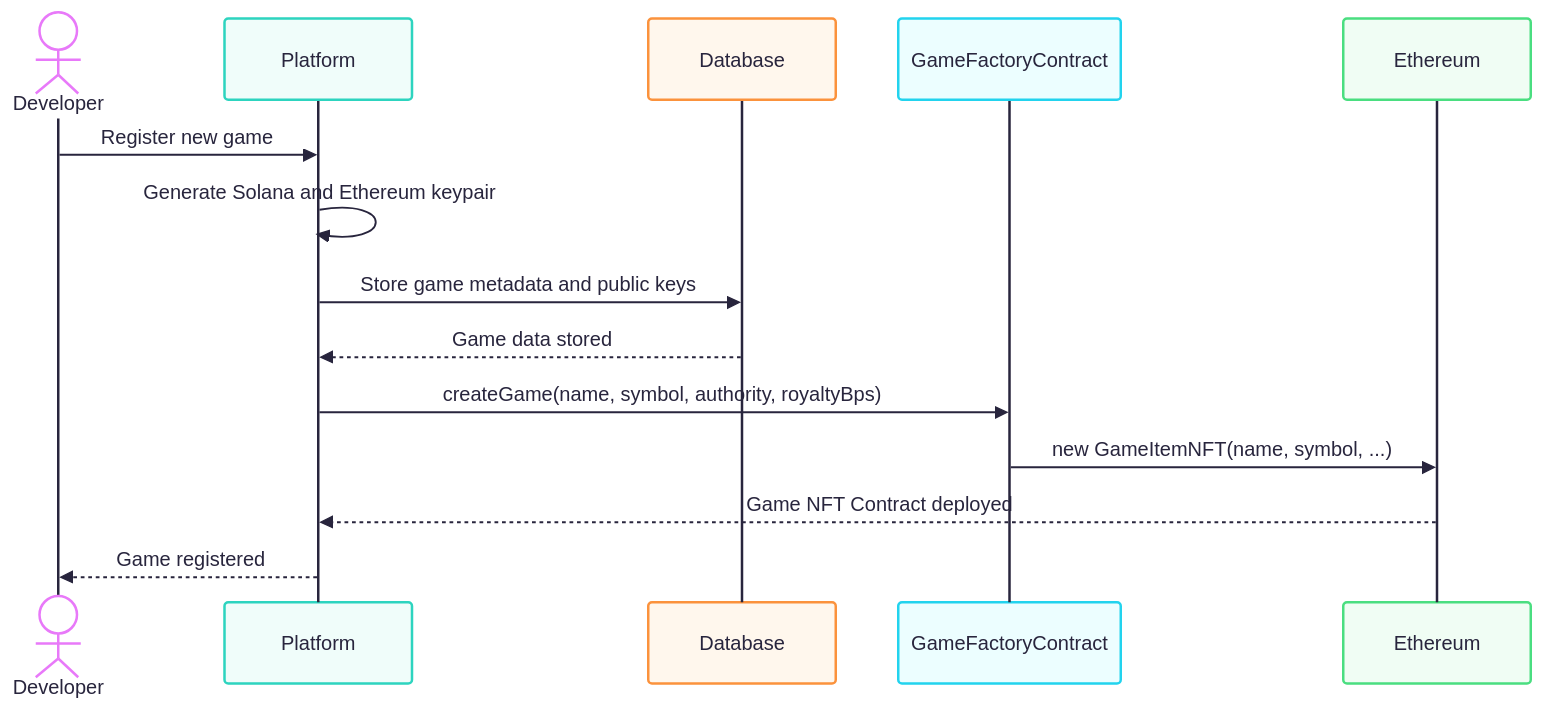
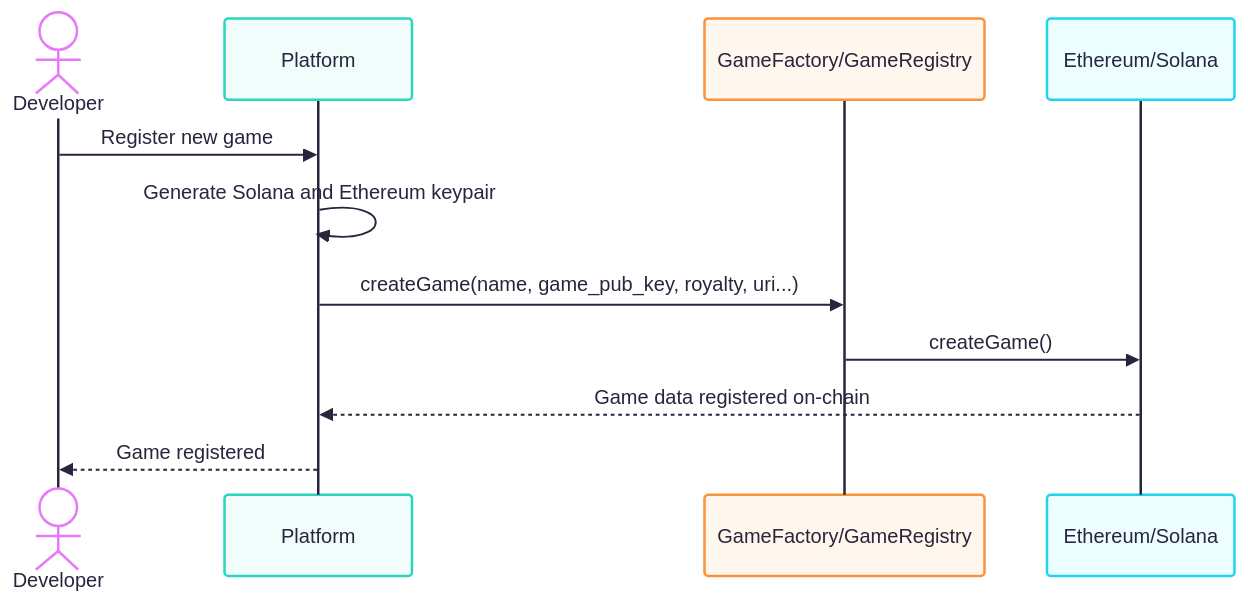
The diagram in docs/game-registration.mermaid (bartalos86/solana-game-nft-marketplace), drawn with Mermaid before and after one commit. The commit also changed 11 other files, not shown here.

```diff
--- a/docs/game-registration.mermaid
+++ b/docs/game-registration.mermaid
@@ -1,21 +1,18 @@
 ---
 config:
   theme: redux-color
   look: handDrawn
 ---
 sequenceDiagram
     actor Developer
     participant Platform
-    participant Database
-    participant GameFactoryContract
-    participant Ethereum
+    participant GameFactory/GameRegistry
+    participant Ethereum/Solana
 
     Developer->>Platform: Register new game
     Platform->>Platform: Generate Solana and Ethereum keypair
-    Platform->>Database: Store game metadata and public keys
-    Database-->>Platform: Game data stored
-    Platform->>GameFactoryContract: createGame(name, symbol, authority, royaltyBps)
-    GameFactoryContract->>Ethereum: new GameItemNFT(name, symbol, ...)
+    Platform->>GameFactory/GameRegistry: createGame(name, game_pub_key, royalty, uri...)
+    GameFactory/GameRegistry->>Ethereum/Solana: createGame()
 
-    Ethereum-->>Platform: Game NFT Contract deployed
+    Ethereum/Solana-->>Platform: Game data registered on-chain
     Platform-->>Developer: Game registered
```
